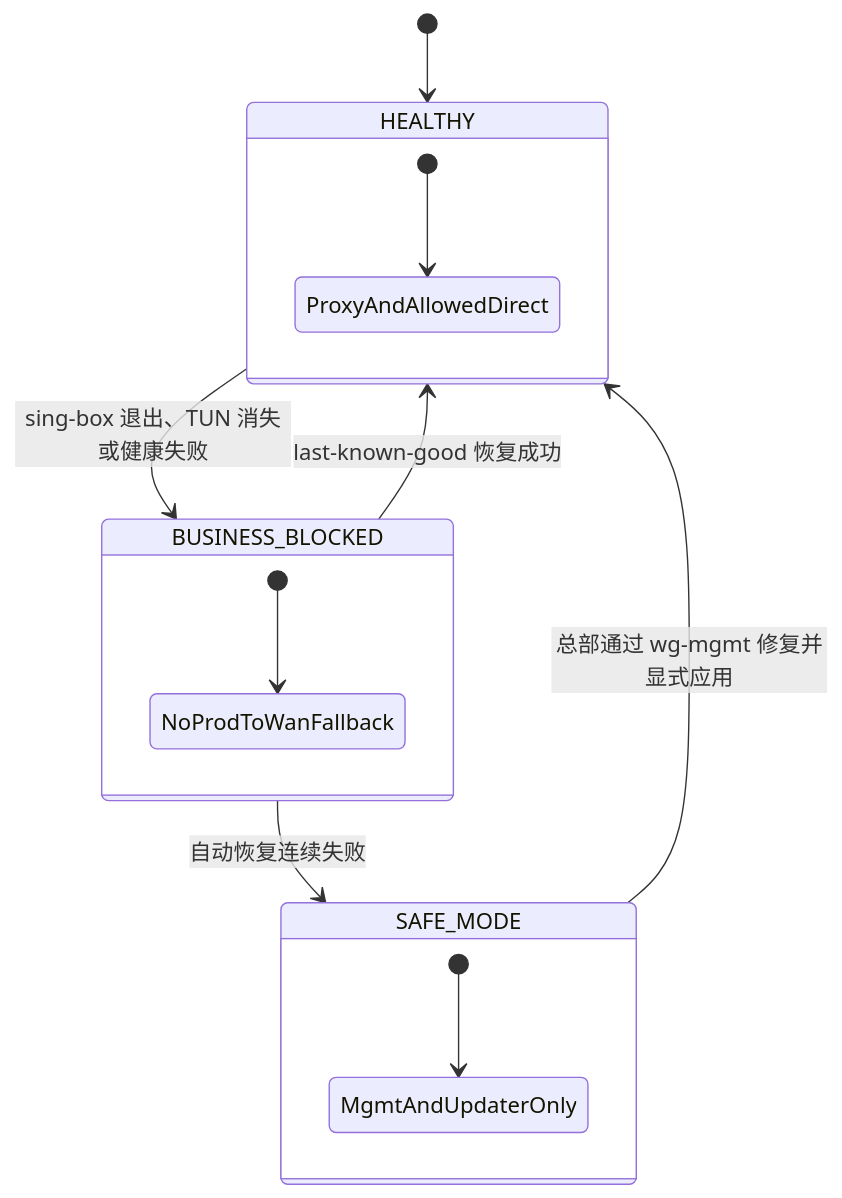
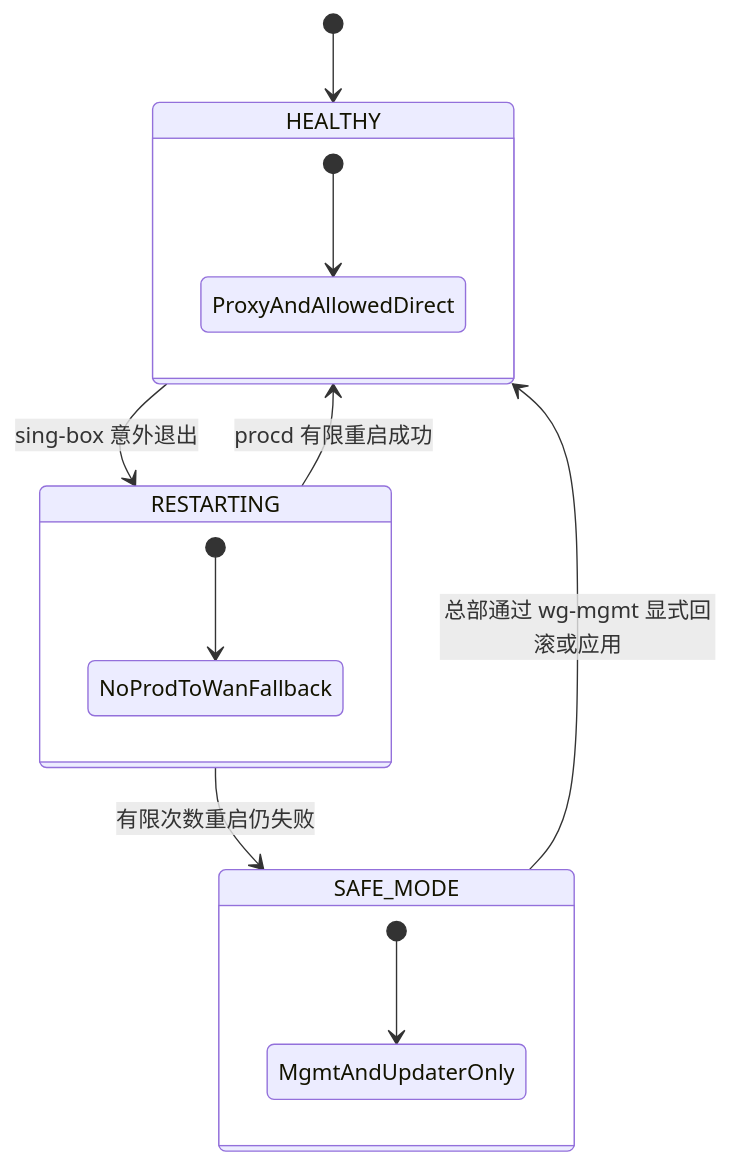
The eighth of 13 diagrams in docs/superpowers/specs/2026-07-28-runtime-network-isolation-design.md (whalestore/vps-deployment-script), drawn with Mermaid before and after one commit. The commit also changed other lines of this file, not shown here.

````diff
--- a/docs/superpowers/specs/2026-07-28-runtime-network-isolation-design.md
+++ b/docs/superpowers/specs/2026-07-28-runtime-network-isolation-design.md
@@ -370,18 +404,18 @@
 ```mermaid
 stateDiagram-v2
     [*] --> HEALTHY
-    HEALTHY --> BUSINESS_BLOCKED: sing-box 退出、TUN 消失或健康失败
-    BUSINESS_BLOCKED --> HEALTHY: last-known-good 恢复成功
-    BUSINESS_BLOCKED --> SAFE_MODE: 自动恢复连续失败
-    SAFE_MODE --> HEALTHY: 总部通过 wg-mgmt 修复并显式应用
+    HEALTHY --> RESTARTING: sing-box 意外退出
+    RESTARTING --> HEALTHY: procd 有限重启成功
+    RESTARTING --> SAFE_MODE: 有限次数重启仍失败
+    SAFE_MODE --> HEALTHY: 总部通过 wg-mgmt 显式回滚或应用
 
     state HEALTHY {
         [*] --> ProxyAndAllowedDirect
     }
-    state BUSINESS_BLOCKED {
+    state RESTARTING {
         [*] --> NoProdToWanFallback
     }
     state SAFE_MODE {
         [*] --> MgmtAndUpdaterOnly
     }
 ```
````
